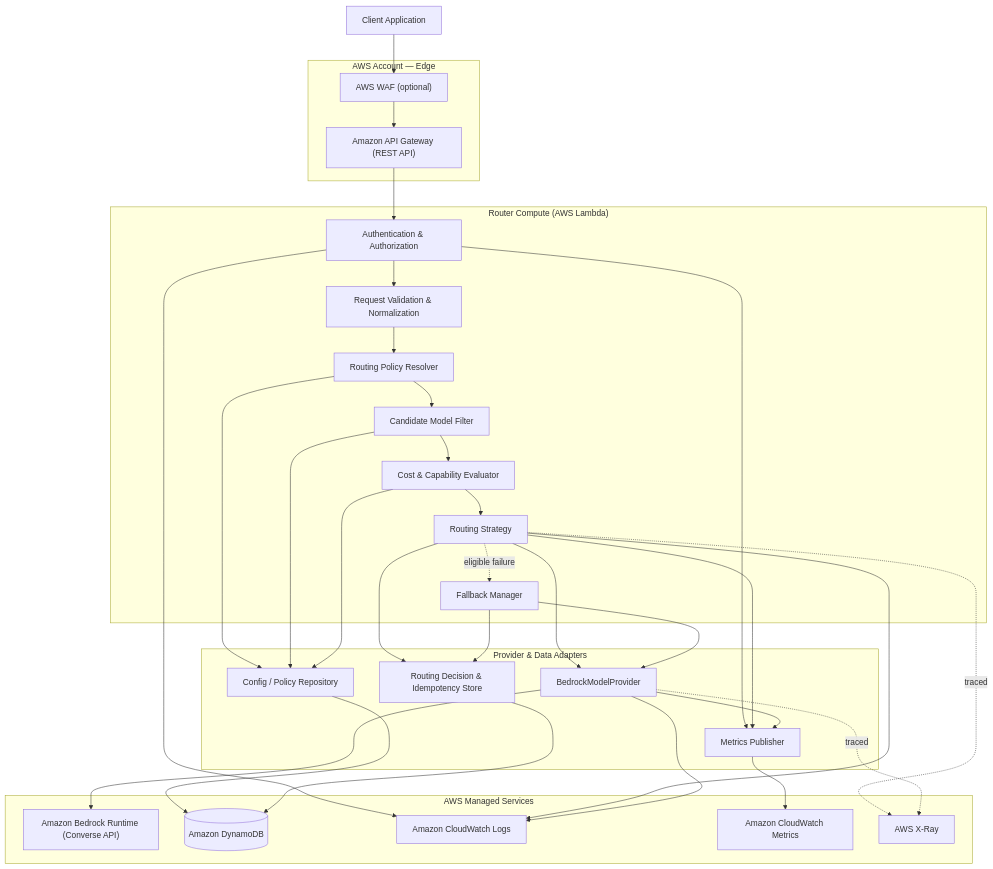
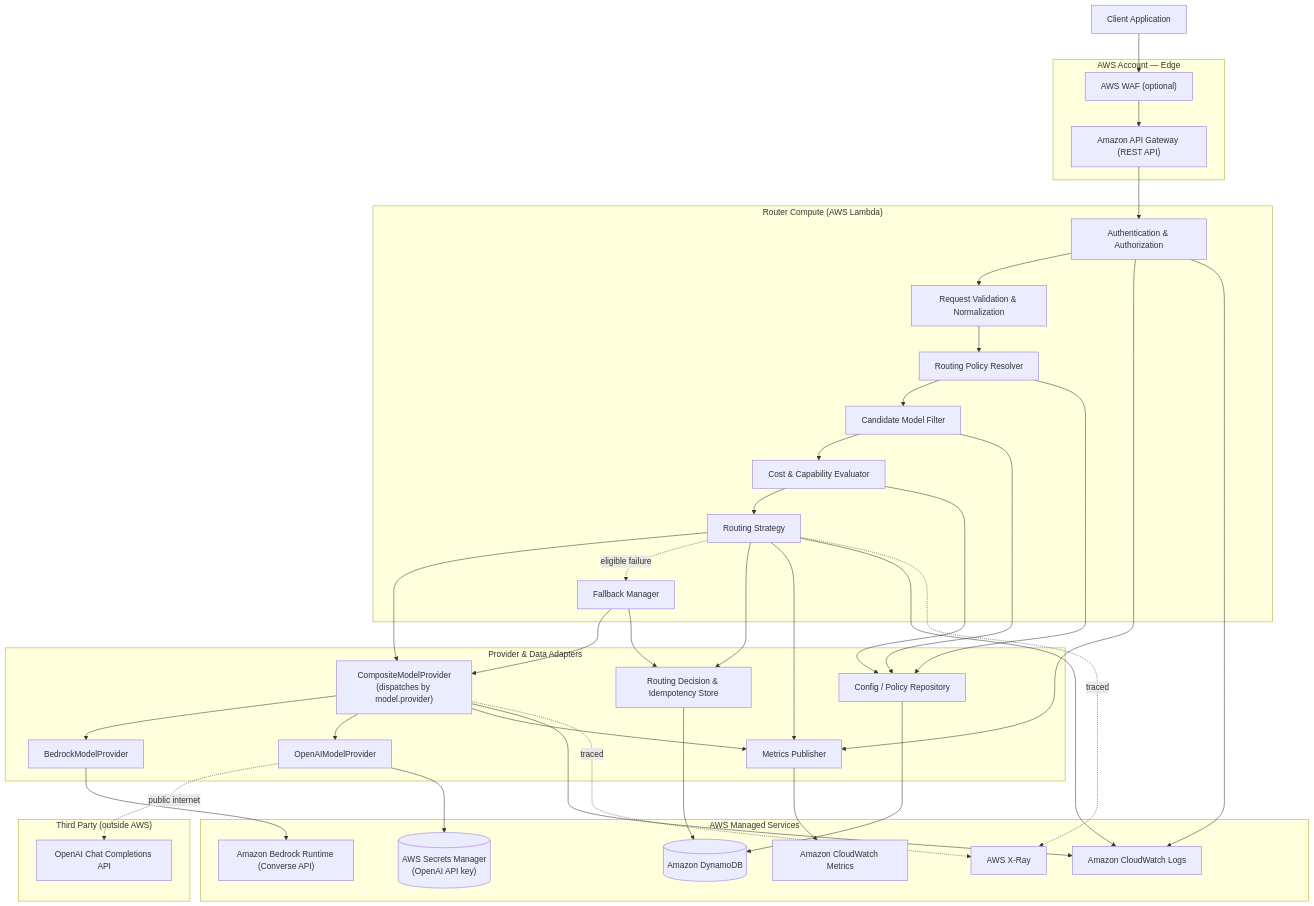
The first of 4 diagrams in docs/architecture/overview.md (lapczyna/aws-model-router), drawn with Mermaid before and after one commit. The commit also changed other lines of this file and 53 other files, not shown here.

First line of the commit message:
feat: add OpenAI as a second model provider via CompositeModelProvider (Phase 10a)

````diff
--- a/docs/architecture/overview.md
+++ b/docs/architecture/overview.md
@@ -80,61 +88,70 @@
 ```mermaid
 graph TD
     Client["Client Application"]
 
     subgraph AWSEdge["AWS Account — Edge"]
         WAF["AWS WAF (optional)"]
         APIGW["Amazon API Gateway (REST API)"]
     end
 
     subgraph RouterCompute["Router Compute (AWS Lambda)"]
         Auth["Authentication & Authorization"]
         Validate["Request Validation & Normalization"]
         PolicyResolver["Routing Policy Resolver"]
         CandidateFilter["Candidate Model Filter"]
         CostEval["Cost & Capability Evaluator"]
         Strategy["Routing Strategy"]
         FallbackMgr["Fallback Manager"]
     end
 
     subgraph Adapters["Provider & Data Adapters"]
+        Composite["CompositeModelProvider\n(dispatches by model.provider)"]
         BedrockAdapter["BedrockModelProvider"]
+        OpenAIAdapter["OpenAIModelProvider"]
         ConfigRepo["Config / Policy Repository"]
         DecisionRepo["Routing Decision & Idempotency Store"]
         MetricsPub["Metrics Publisher"]
     end
 
     subgraph AWSServices["AWS Managed Services"]
         Bedrock["Amazon Bedrock Runtime (Converse API)"]
         DynamoDB[("Amazon DynamoDB")]
+        SecretsMgr[("AWS Secrets Manager\n(OpenAI API key)")]
         CWLogs["Amazon CloudWatch Logs"]
         CWMetrics["Amazon CloudWatch Metrics"]
         XRay["AWS X-Ray"]
     end
 
+    subgraph ThirdParty["Third Party (outside AWS)"]
+        OpenAI["OpenAI Chat Completions API"]
+    end
+
     Client --> WAF --> APIGW --> Auth
     Auth --> Validate --> PolicyResolver --> CandidateFilter --> CostEval --> Strategy
-    Strategy --> BedrockAdapter
-    Strategy -.eligible failure.-> FallbackMgr --> BedrockAdapter
-    BedrockAdapter --> Bedrock
+    Strategy --> Composite
+    Strategy -.eligible failure.-> FallbackMgr --> Composite
+    Composite --> BedrockAdapter --> Bedrock
+    Composite --> OpenAIAdapter -.public internet.-> OpenAI
+    OpenAIAdapter --> SecretsMgr
 
     PolicyResolver --> ConfigRepo
     CandidateFilter --> ConfigRepo
     CostEval --> ConfigRepo
     ConfigRepo --> DynamoDB
 
     Strategy --> DecisionRepo
     FallbackMgr --> DecisionRepo
     DecisionRepo --> DynamoDB
 
     Auth --> MetricsPub
     Strategy --> MetricsPub
-    BedrockAdapter --> MetricsPub
+    Composite --> MetricsPub
     MetricsPub --> CWMetrics
 
     Auth --> CWLogs
     Strategy --> CWLogs
-    BedrockAdapter --> CWLogs
+    Composite --> CWLogs
 
     Strategy -.traced.-> XRay
-    BedrockAdapter -.traced.-> XRay
+    Composite -.traced.-> XRay
 ```
````
